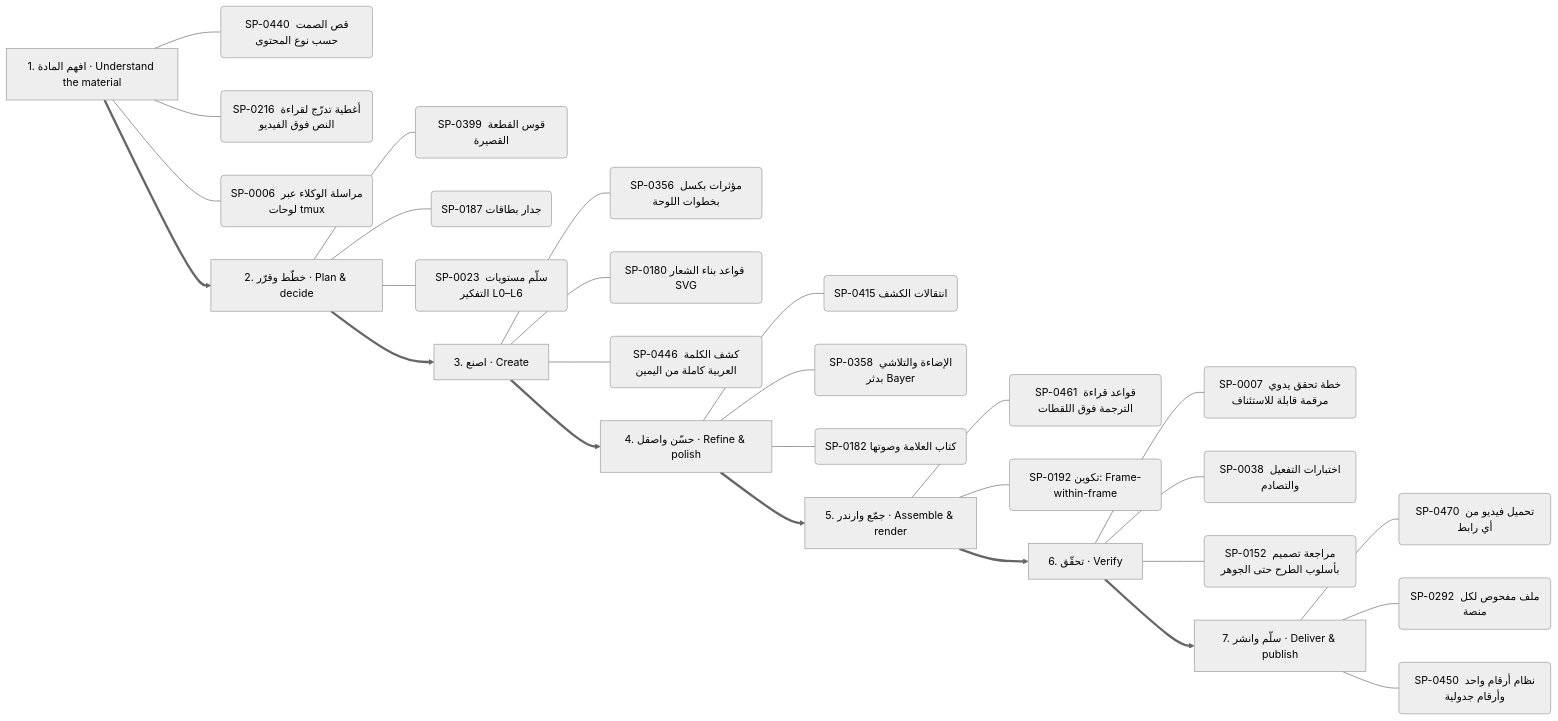
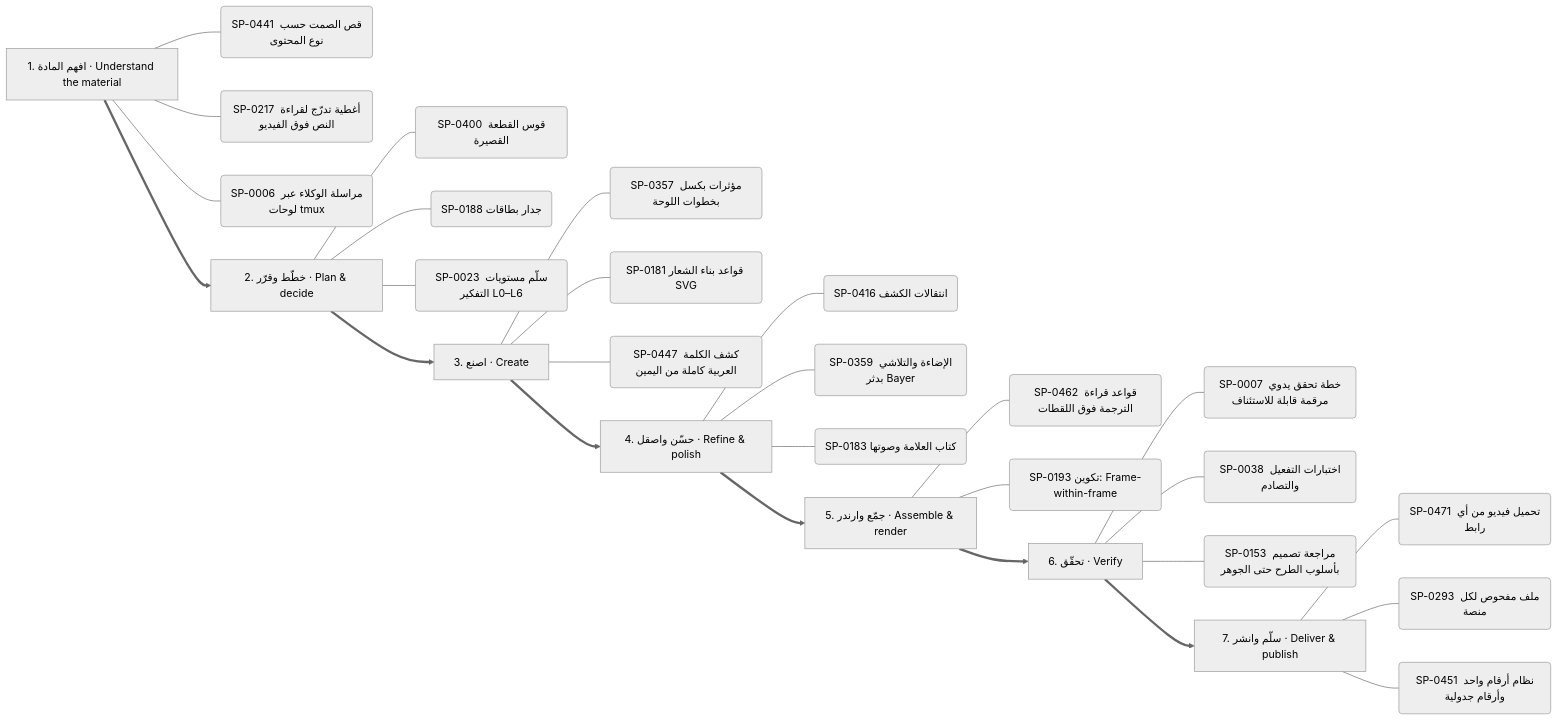
Before and after one commit to kosif199022-jpg/kosif-tool: the sixth of 13 diagrams in .claude/skills/kosif-superpowers/references/capability-mindmap.md, drawn with Mermaid (neutral theme). The commit also changed other lines of this file and 65 other files, not shown here.

````diff
--- a/.claude/skills/kosif-superpowers/references/capability-mindmap.md
+++ b/.claude/skills/kosif-superpowers/references/capability-mindmap.md
@@ -316,36 +316,36 @@
 ```mermaid
 flowchart LR
   S0["1. افهم المادة · Understand the material"]
-  S0 --- S0_0("SP-0440 قص الصمت حسب نوع المحتوى")
-  S0 --- S0_1("SP-0216 أغطية تدرّج لقراءة النص فوق الفيديو")
+  S0 --- S0_0("SP-0441 قص الصمت حسب نوع المحتوى")
+  S0 --- S0_1("SP-0217 أغطية تدرّج لقراءة النص فوق الفيديو")
   S0 --- S0_2("SP-0006 مراسلة الوكلاء عبر لوحات tmux")
   S1["2. خطّط وقرّر · Plan & decide"]
-  S1 --- S1_0("SP-0399 قوس القطعة القصيرة")
-  S1 --- S1_1("SP-0187 جدار بطاقات")
+  S1 --- S1_0("SP-0400 قوس القطعة القصيرة")
+  S1 --- S1_1("SP-0188 جدار بطاقات")
   S1 --- S1_2("SP-0023 سلّم مستويات التفكير L0–L6")
   S0 ==> S1
   S2["3. اصنع · Create"]
-  S2 --- S2_0("SP-0356 مؤثرات بكسل بخطوات اللوحة")
-  S2 --- S2_1("SP-0180 قواعد بناء الشعار SVG")
-  S2 --- S2_2("SP-0446 كشف الكلمة العربية كاملة من اليمين")
+  S2 --- S2_0("SP-0357 مؤثرات بكسل بخطوات اللوحة")
+  S2 --- S2_1("SP-0181 قواعد بناء الشعار SVG")
+  S2 --- S2_2("SP-0447 كشف الكلمة العربية كاملة من اليمين")
   S1 ==> S2
   S3["4. حسّن واصقل · Refine & polish"]
-  S3 --- S3_0("SP-0415 انتقالات الكشف")
-  S3 --- S3_1("SP-0358 الإضاءة والتلاشي بدثر Bayer")
-  S3 --- S3_2("SP-0182 كتاب العلامة وصوتها")
+  S3 --- S3_0("SP-0416 انتقالات الكشف")
+  S3 --- S3_1("SP-0359 الإضاءة والتلاشي بدثر Bayer")
+  S3 --- S3_2("SP-0183 كتاب العلامة وصوتها")
   S2 ==> S3
   S4["5. جمّع وارندر · Assemble & render"]
-  S4 --- S4_0("SP-0461 قواعد قراءة الترجمة فوق اللقطات")
-  S4 --- S4_1("SP-0192 تكوين: Frame-within-frame")
+  S4 --- S4_0("SP-0462 قواعد قراءة الترجمة فوق اللقطات")
+  S4 --- S4_1("SP-0193 تكوين: Frame-within-frame")
   S3 ==> S4
   S5["6. تحقّق · Verify"]
   S5 --- S5_0("SP-0007 خطة تحقق يدوي مرقمة قابلة للاستئناف")
   S5 --- S5_1("SP-0038 اختبارات التفعيل والتصادم")
-  S5 --- S5_2("SP-0152 مراجعة تصميم بأسلوب الطرح حتى الجوهر")
+  S5 --- S5_2("SP-0153 مراجعة تصميم بأسلوب الطرح حتى الجوهر")
   S4 ==> S5
   S6["7. سلّم وانشر · Deliver & publish"]
-  S6 --- S6_0("SP-0470 تحميل فيديو من أي رابط")
-  S6 --- S6_1("SP-0292 ملف مفحوص لكل منصة")
-  S6 --- S6_2("SP-0450 نظام أرقام واحد وأرقام جدولية")
+  S6 --- S6_0("SP-0471 تحميل فيديو من أي رابط")
+  S6 --- S6_1("SP-0293 ملف مفحوص لكل منصة")
+  S6 --- S6_2("SP-0451 نظام أرقام واحد وأرقام جدولية")
   S5 ==> S6
 ```
````
